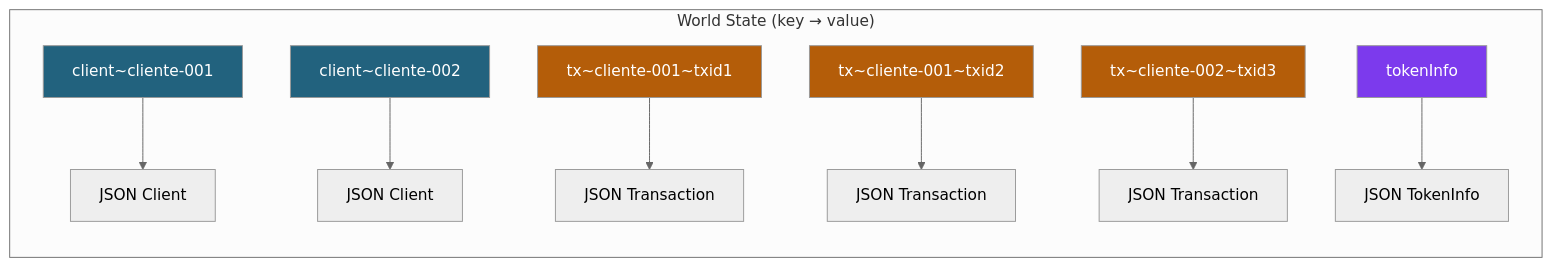
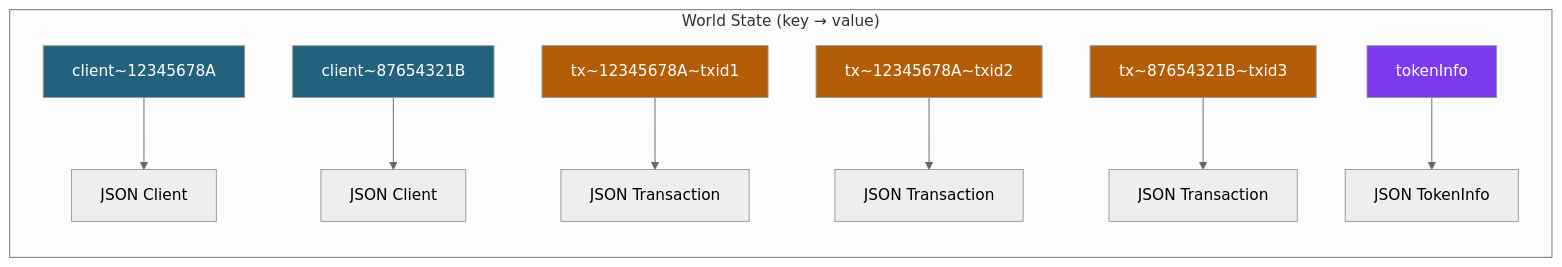
One commit to jjnieto/fabric changed the second of 3 diagrams in docs/modulo-6/03-chaincode.md. Above: the diagram before and after it, drawn with Mermaid (neutral theme). The commit also changed 4 other files, not shown here.

````diff
--- a/docs/modulo-6/03-chaincode.md
+++ b/docs/modulo-6/03-chaincode.md
@@ -83,18 +83,18 @@
 ```mermaid
 graph LR
     subgraph "World State (key → value)"
-        K1["client~cliente-001"] --> V1["JSON Client"]
-        K2["client~cliente-002"] --> V2["JSON Client"]
-        K3["tx~cliente-001~txid1"] --> V3["JSON Transaction"]
-        K4["tx~cliente-001~txid2"] --> V4["JSON Transaction"]
-        K5["tx~cliente-002~txid3"] --> V5["JSON Transaction"]
+        K1["client~12345678A"] --> V1["JSON Client"]
+        K2["client~87654321B"] --> V2["JSON Client"]
+        K3["tx~12345678A~txid1"] --> V3["JSON Transaction"]
+        K4["tx~12345678A~txid2"] --> V4["JSON Transaction"]
+        K5["tx~87654321B~txid3"] --> V5["JSON Transaction"]
         K6["tokenInfo"] --> V6["JSON TokenInfo"]
     end
 
     style K1 fill:#22627E,color:#fff
     style K2 fill:#22627E,color:#fff
     style K3 fill:#B45D09,color:#fff
     style K4 fill:#B45D09,color:#fff
     style K5 fill:#B45D09,color:#fff
     style K6 fill:#7C3AED,color:#fff
 ```
````
